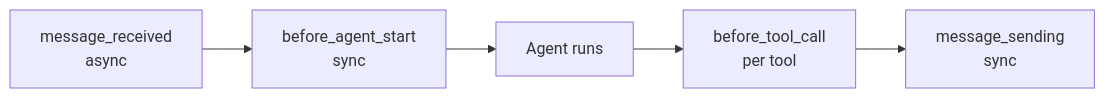
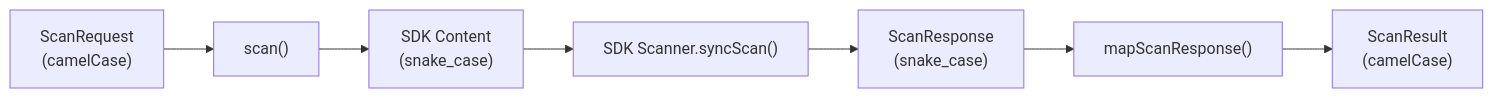
The third of 6 diagrams in docs/architecture/overview.md (cdot65/prisma-airs-plugin-openclaw), drawn with Mermaid before and after one commit. The commit also changed other lines of this file and 39 other files, not shown here.

````diff
--- a/docs/architecture/overview.md
+++ b/docs/architecture/overview.md
@@ -67,7 +213,9 @@
 ```mermaid
-flowchart LR
-    A[message_received<br/>async] --> B[before_agent_start<br/>sync]
-    B --> C[Agent runs]
-    C --> D[before_tool_call<br/>per tool]
-    D --> E[message_sending<br/>sync]
+graph LR
+    A["ScanRequest<br/>(camelCase)"] --> B["scan()"]
+    B --> C["SDK Content<br/>(snake_case)"]
+    C --> D["SDK Scanner.syncScan()"]
+    D --> E["ScanResponse<br/>(snake_case)"]
+    E --> F["mapScanResponse()"]
+    F --> G["ScanResult<br/>(camelCase)"]
 ```
````
